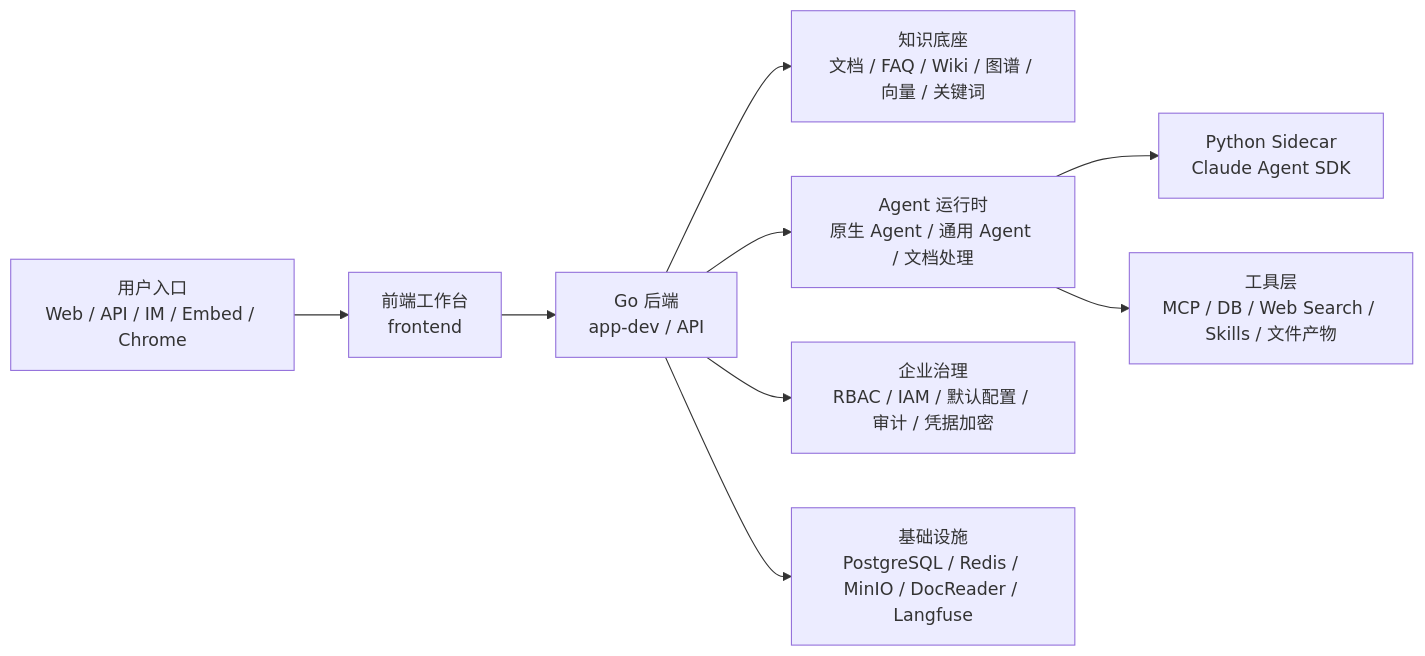
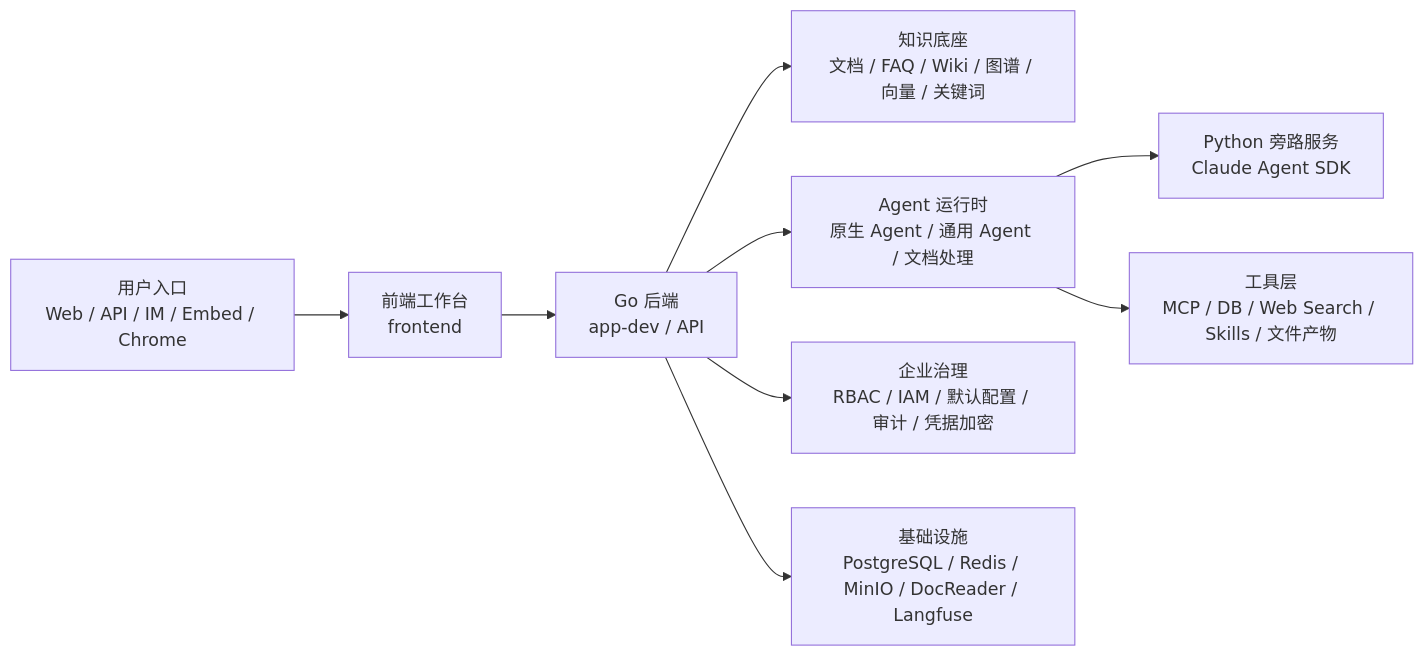
One commit to Meaninles/wekno changed the diagram in README.md. Above: the diagram before and after it, drawn with Mermaid. The commit also changed other lines of this file and 17 other files, not shown here.

````diff
--- a/README.md
+++ b/README.md
@@ -146,11 +133,11 @@
 ```mermaid
 flowchart LR
   U["用户入口<br/>Web / API / IM / Embed / Chrome"] --> F["前端工作台<br/>frontend"]
   F --> B["Go 后端<br/>app-dev / API"]
   B --> KB["知识底座<br/>文档 / FAQ / Wiki / 图谱 / 向量 / 关键词"]
   B --> AG["Agent 运行时<br/>原生 Agent / 通用 Agent / 文档处理"]
-  AG --> SC["Python Sidecar<br/>Claude Agent SDK"]
+  AG --> SC["Python 旁路服务<br/>Claude Agent SDK"]
   AG --> TOOL["工具层<br/>MCP / DB / Web Search / Skills / 文件产物"]
   B --> GOV["企业治理<br/>RBAC / IAM / 默认配置 / 审计 / 凭据加密"]
   B --> INFRA["基础设施<br/>PostgreSQL / Redis / MinIO / DocReader / Langfuse"]
 ```
````
